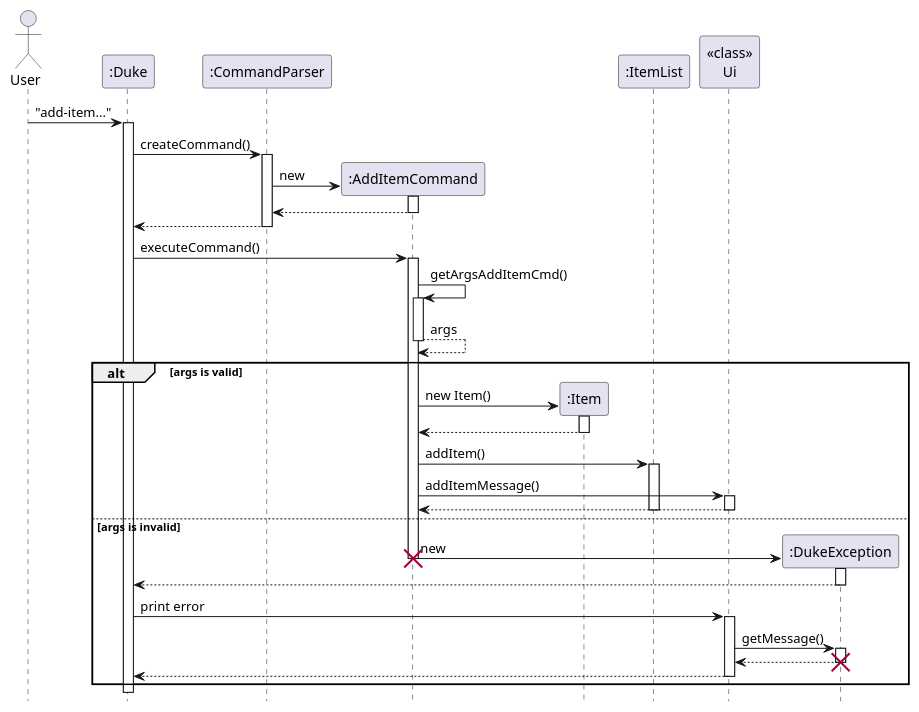
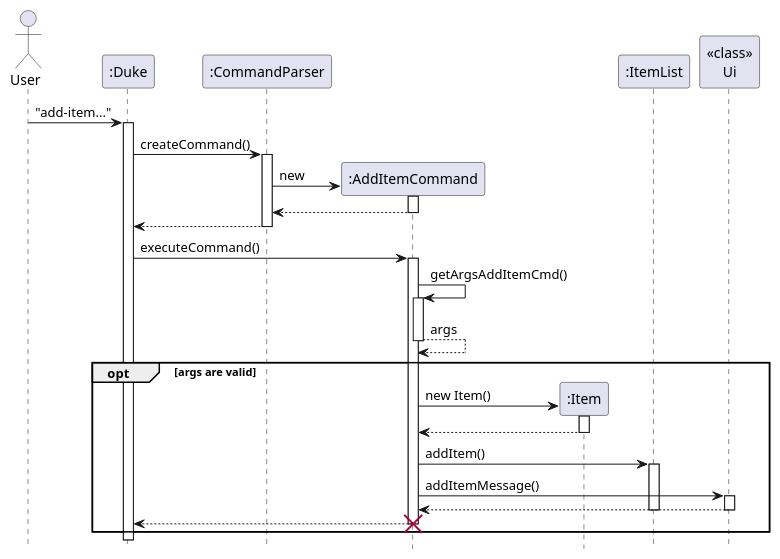
Before and after one commit to nus-cs2113-AY2223S1/tp: the diagram in docs/diagrams/item/AddItemSequence.puml, drawn with PlantUML. The commit also changed 16 other files, not shown here.

Commit message:
Simplify Sequence diagram and fix class diagram

```diff
--- a/docs/diagrams/item/AddItemSequence.puml
+++ b/docs/diagrams/item/AddItemSequence.puml
@@ -1,47 +1,35 @@
 @startuml
 hide footbox
 Actor User
 "User" -> ":Duke": "add-item..."
 activate ":Duke"
 ":Duke" -> ":CommandParser": createCommand()
 activate ":CommandParser"
 ":CommandParser" -> ":AddItemCommand"**: new
 activate ":AddItemCommand"
 return
 ":CommandParser" --> ":Duke"
 deactivate
 ":Duke" -> ":AddItemCommand" : executeCommand()
 activate ":AddItemCommand"
 ":AddItemCommand" -> ":AddItemCommand": getArgsAddItemCmd()
 activate ":AddItemCommand"
 return args
-alt args is valid
+opt args are valid
     ":AddItemCommand" -> ":Item"**: new Item()
     activate ":Item"
     ":Item" --> ":AddItemCommand"
     deactivate ":Item"
     ":AddItemCommand" -> ":ItemList": addItem()
     activate ":ItemList"
     ":AddItemCommand" -> "<<class>>\nUi": addItemMessage()
     activate "<<class>>\nUi"
     return
     deactivate ":ItemList"
     deactivate "<<class>>\nUi"
     deactivate ":Item"
-else args is invalid
-    ":AddItemCommand" -> ":DukeException"** : new
-    destroy ":AddItemCommand"
-    activate ":DukeException"
-    ":DukeException" --> ":Duke"
-    deactivate ":DukeException"
-    ":Duke" -> "<<class>>\nUi" : print error
-    activate "<<class>>\nUi"
-    "<<class>>\nUi" -> ":DukeException": getMessage()
-    activate ":DukeException"
-    return
-    destroy ":DukeException"
-    "<<class>>\nUi" --> ":Duke"
-    deactivate "<<class>>\nUi"
+":AddItemCommand" --> ":Duke"
+destroy ":AddItemCommand"
 end
 
 @enduml
```
